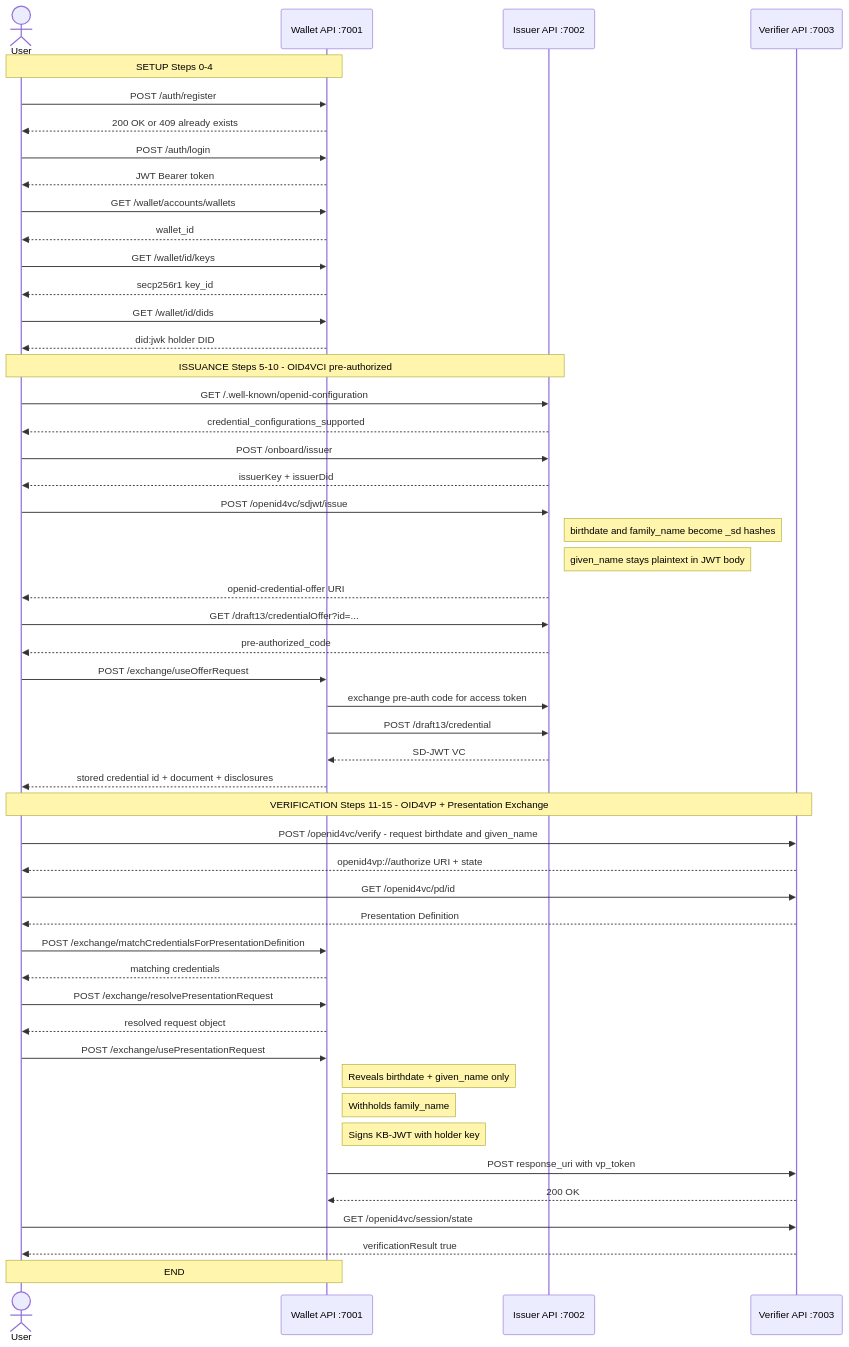
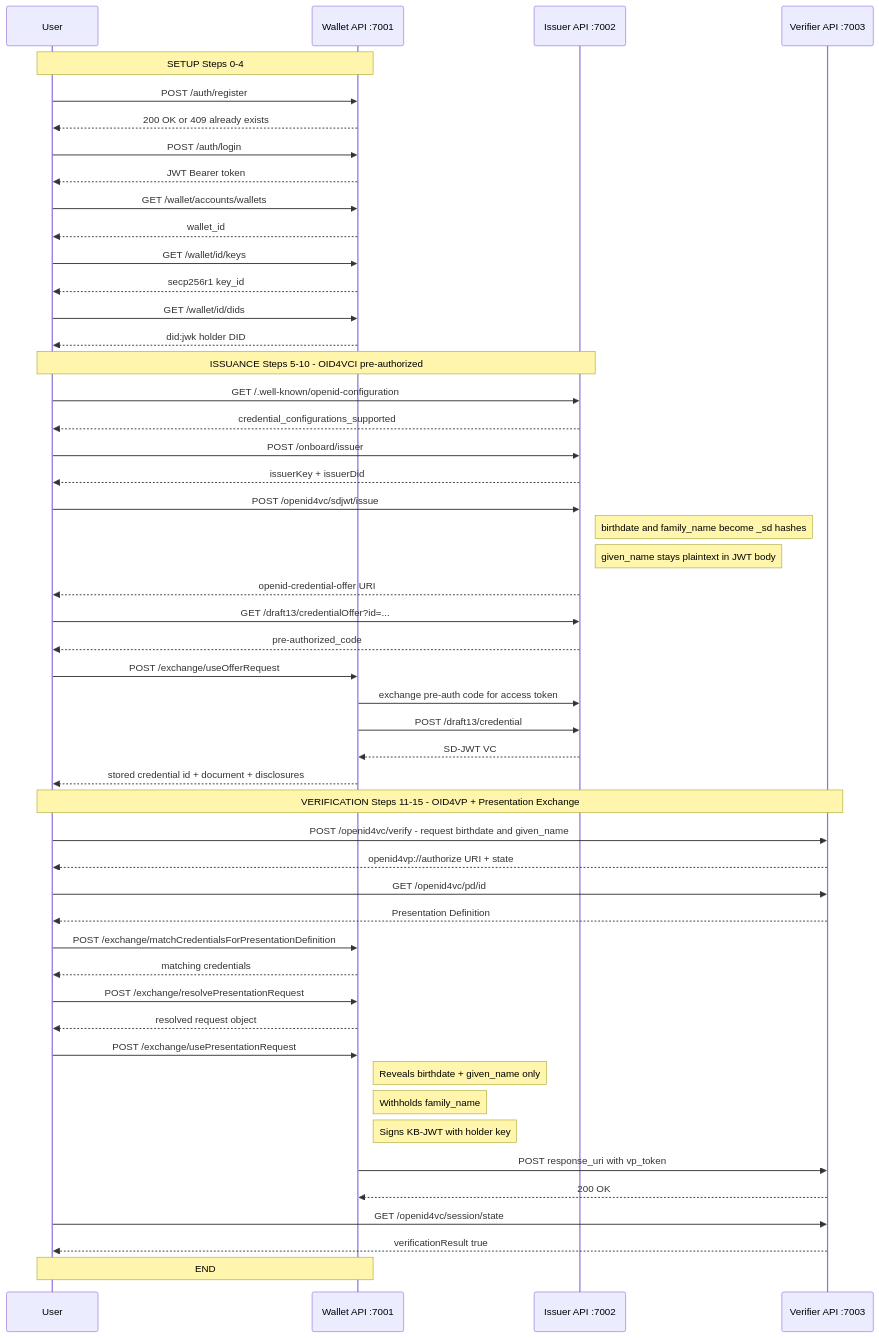
The first of 2 diagrams in local-test/test-sd-jwt-flow.md (sbir3japanlin/waltid-identity), drawn with Mermaid before and after one commit. The commit also changed other lines of this file, not shown here.

Commit message:
fix mermaid: use participant instead of actor, graph instead of flowchart

````diff
--- a/local-test/test-sd-jwt-flow.md
+++ b/local-test/test-sd-jwt-flow.md
@@ -21,56 +21,56 @@
 ```mermaid
 sequenceDiagram
-    actor User
+    participant User
     participant W as Wallet API :7001
     participant I as Issuer API :7002
     participant V as Verifier API :7003
 
     Note over User,W: SETUP Steps 0-4
     User->>W: POST /auth/register
     W-->>User: 200 OK or 409 already exists
     User->>W: POST /auth/login
     W-->>User: JWT Bearer token
     User->>W: GET /wallet/accounts/wallets
     W-->>User: wallet_id
     User->>W: GET /wallet/id/keys
     W-->>User: secp256r1 key_id
     User->>W: GET /wallet/id/dids
     W-->>User: did:jwk holder DID
 
     Note over User,I: ISSUANCE Steps 5-10 - OID4VCI pre-authorized
     User->>I: GET /.well-known/openid-configuration
     I-->>User: credential_configurations_supported
     User->>I: POST /onboard/issuer
     I-->>User: issuerKey + issuerDid
     User->>I: POST /openid4vc/sdjwt/issue
     Note right of I: birthdate and family_name become _sd hashes
     Note right of I: given_name stays plaintext in JWT body
     I-->>User: openid-credential-offer URI
     User->>I: GET /draft13/credentialOffer?id=...
     I-->>User: pre-authorized_code
     User->>W: POST /exchange/useOfferRequest
     W->>I: exchange pre-auth code for access token
     W->>I: POST /draft13/credential
     I-->>W: SD-JWT VC
     W-->>User: stored credential id + document + disclosures
 
     Note over User,V: VERIFICATION Steps 11-15 - OID4VP + Presentation Exchange
     User->>V: POST /openid4vc/verify - request birthdate and given_name
     V-->>User: openid4vp://authorize URI + state
     User->>V: GET /openid4vc/pd/id
     V-->>User: Presentation Definition
     User->>W: POST /exchange/matchCredentialsForPresentationDefinition
     W-->>User: matching credentials
     User->>W: POST /exchange/resolvePresentationRequest
     W-->>User: resolved request object
     User->>W: POST /exchange/usePresentationRequest
     Note right of W: Reveals birthdate + given_name only
     Note right of W: Withholds family_name
     Note right of W: Signs KB-JWT with holder key
     W->>V: POST response_uri with vp_token
     V-->>W: 200 OK
     User->>V: GET /openid4vc/session/state
     V-->>User: verificationResult true
 
     Note over User,W: END
 ```
````
